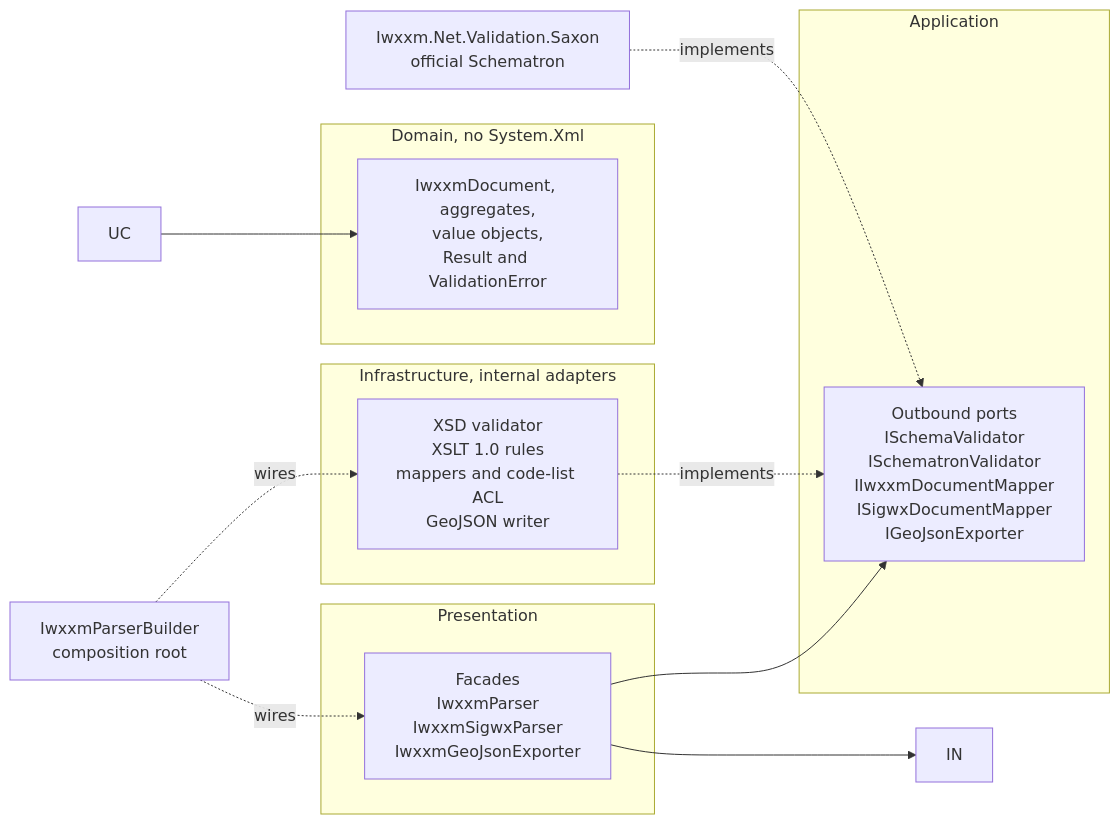
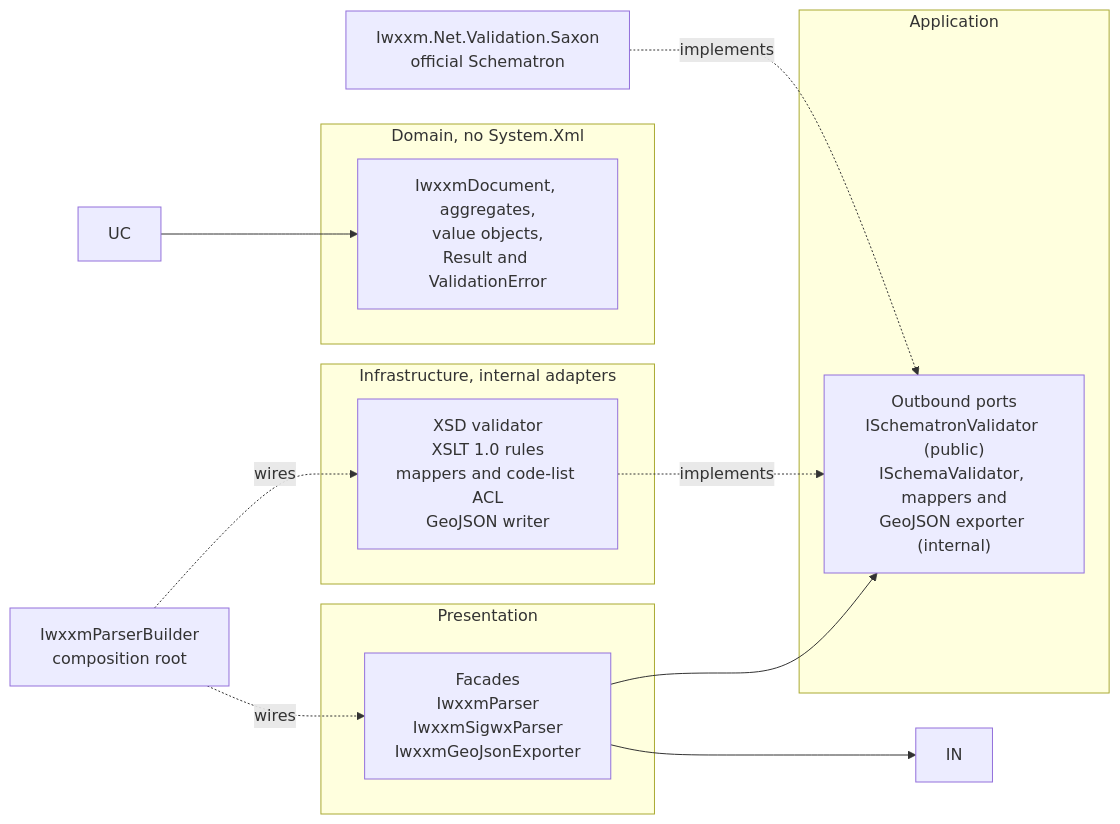
The second of 5 diagrams in docs/GUIDE.md (0neTX/Iwxxm.Net), drawn with Mermaid before and after one commit. The commit also changed other lines of this file and 26 other files, not shown here.

First line of the commit message:
refactor!: make single-implementation outbound ports internal

````diff
--- a/docs/GUIDE.md
+++ b/docs/GUIDE.md
@@ -108,25 +108,25 @@
 ```mermaid
 flowchart LR
     subgraph Presentation["Presentation"]
         F["Facades<br/>IwxxmParser<br/>IwxxmSigwxParser<br/>IwxxmGeoJsonExporter"]
     end
     subgraph Application["Application"]
-        OUT["Outbound ports<br/>ISchemaValidator<br/>ISchematronValidator<br/>IIwxxmDocumentMapper<br/>ISigwxDocumentMapper<br/>IGeoJsonExporter"]
+        OUT["Outbound ports<br/>ISchematronValidator (public)<br/>ISchemaValidator, mappers and<br/>GeoJSON exporter (internal)"]
         F --> OUT
     end
     subgraph DomainLayer["Domain, no System.Xml"]
         D["IwxxmDocument, aggregates,<br/>value objects,<br/>Result and ValidationError"]
     end
     subgraph Infrastructure["Infrastructure, internal adapters"]
         A["XSD validator<br/>XSLT 1.0 rules<br/>mappers and code-list ACL<br/>GeoJSON writer"]
     end
     SAX["Iwxxm.Net.Validation.Saxon<br/>official Schematron"]
     B["IwxxmParserBuilder<br/>composition root"]
 
     F --> IN
     UC --> D
     A -.implements.-> OUT
     SAX -.implements.-> OUT
     B -.wires.-> F
     B -.wires.-> A
 ```
````
